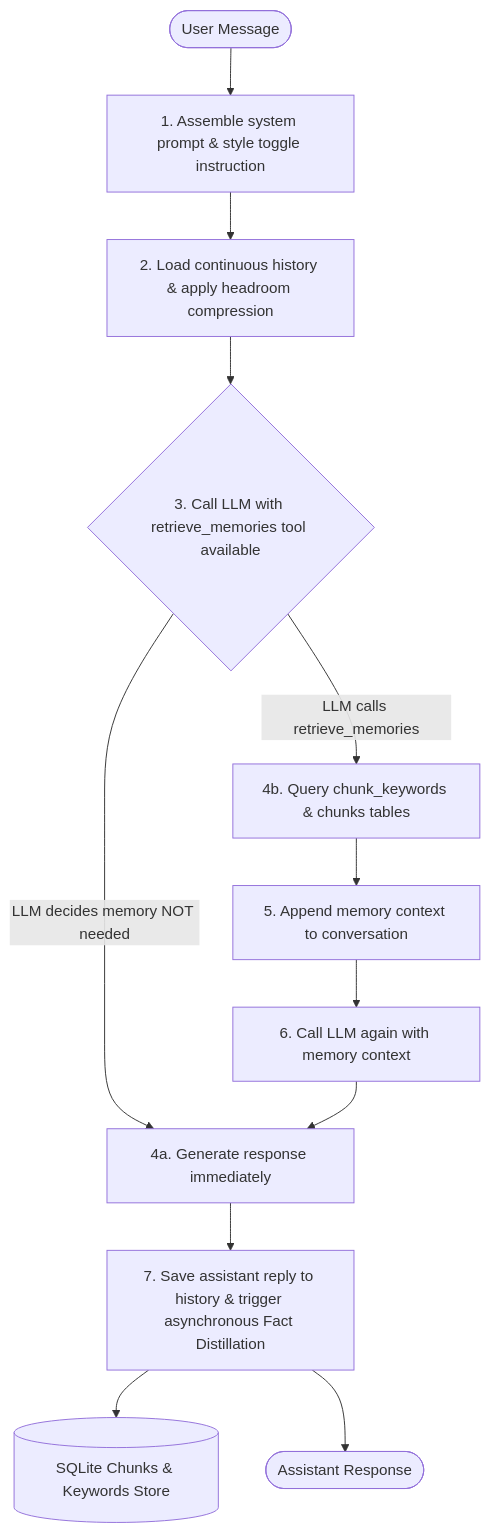
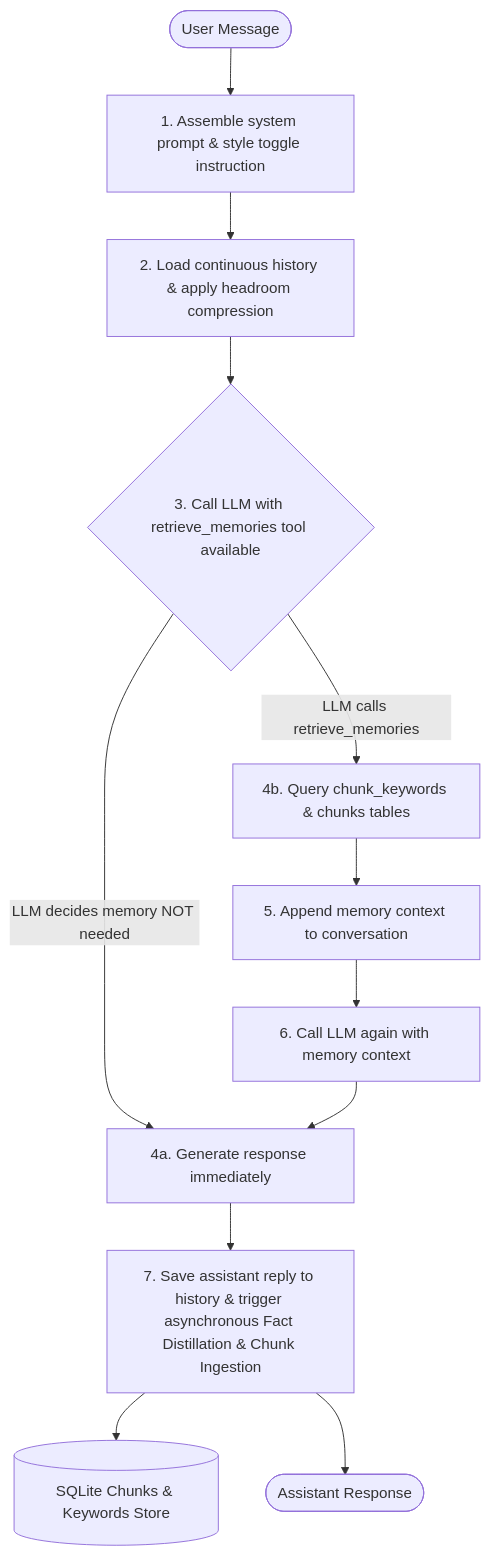
One commit to vaughnNixon/Athena-v1 changed the diagram in README.md. Above: the diagram before and after it, drawn with Mermaid. The commit also changed other lines of this file and 4 other files, not shown here.

````diff
--- a/README.md
+++ b/README.md
@@ -11,17 +11,17 @@
 ```mermaid
 graph TD
     User([User Message]) --> SystemPrompt[1. Assemble system prompt & style toggle instruction]
     SystemPrompt --> History[2. Load continuous history & apply headroom compression]
     History --> Route{3. Call LLM with retrieve_memories tool available}
     
     Route -- LLM decides memory NOT needed --> Response[4a. Generate response immediately]
     Route -- LLM calls retrieve_memories --> Retrieve[4b. Query chunk_keywords & chunks tables]
     
     Retrieve --> ToolResponse[5. Append memory context to conversation]
     ToolResponse --> FinalCall[6. Call LLM again with memory context]
     FinalCall --> Response
     
-    Response --> Save[7. Save assistant reply to history & trigger asynchronous Fact Distillation]
+    Response --> Save[7. Save assistant reply to history & trigger asynchronous Fact Distillation & Chunk Ingestion]
     Save --> DB[(SQLite Chunks & Keywords Store)]
     Save --> Out([Assistant Response])
 ```
````
